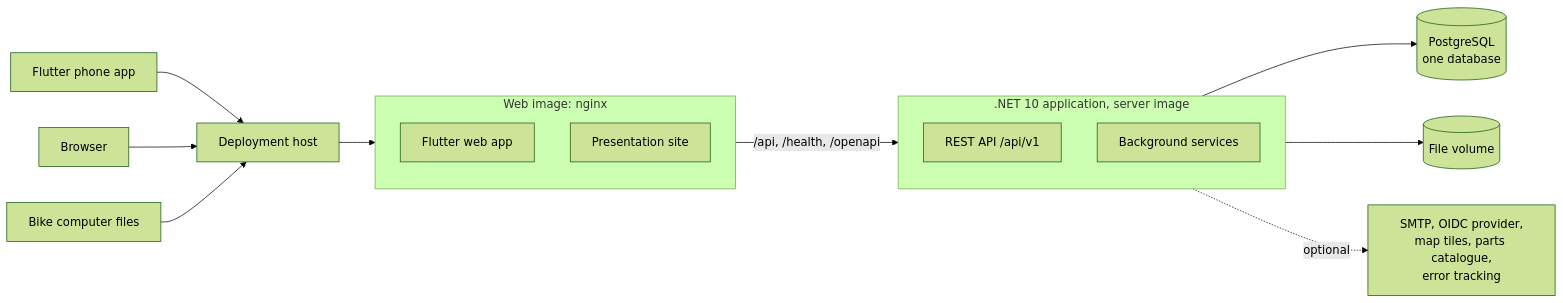
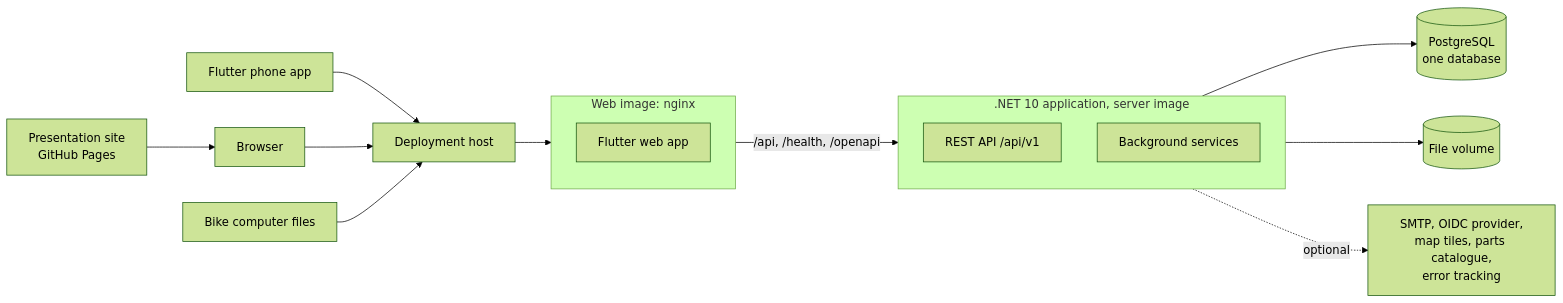
Before and after one commit to zenkraker/Velomine: the first of 3 diagrams in docs/architecture.md, drawn with Mermaid (forest theme). The commit also changed other lines of this file and 39 other files, not shown here.

````diff
--- a/docs/architecture.md
+++ b/docs/architecture.md
@@ -18,23 +18,24 @@
 ```mermaid
 flowchart LR
   M[Flutter phone app] --> HOST[Deployment host]
   B[Browser] --> HOST
   U[Bike computer files] --> HOST
   HOST --> WEBIMG
 
   subgraph WEBIMG["Web image: nginx"]
     WEBAPP[Flutter web app]
-    SITE[Presentation site]
   end
+
+  SITE[Presentation site<br/>GitHub Pages] --> B
 
   WEBIMG -->|/api, /health, /openapi| APP
 
   subgraph APP[".NET 10 application, server image"]
     API[REST API /api/v1]
     BG[Background services]
   end
 
   APP --> PG[(PostgreSQL<br/>one database)]
   APP --> FS[(File volume)]
   APP -.optional.-> EXT[SMTP, OIDC provider,<br/>map tiles, parts catalogue,<br/>error tracking]
 ```
````
